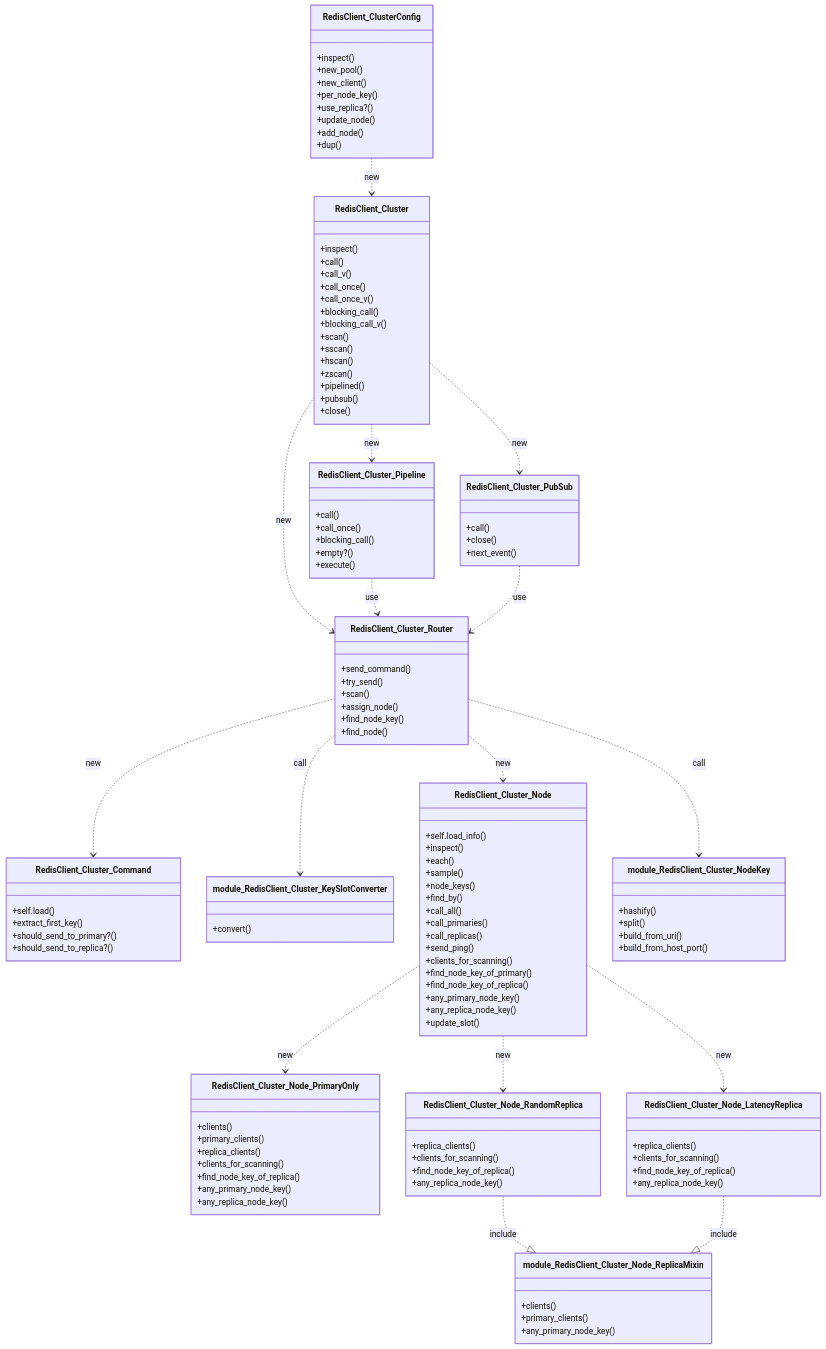
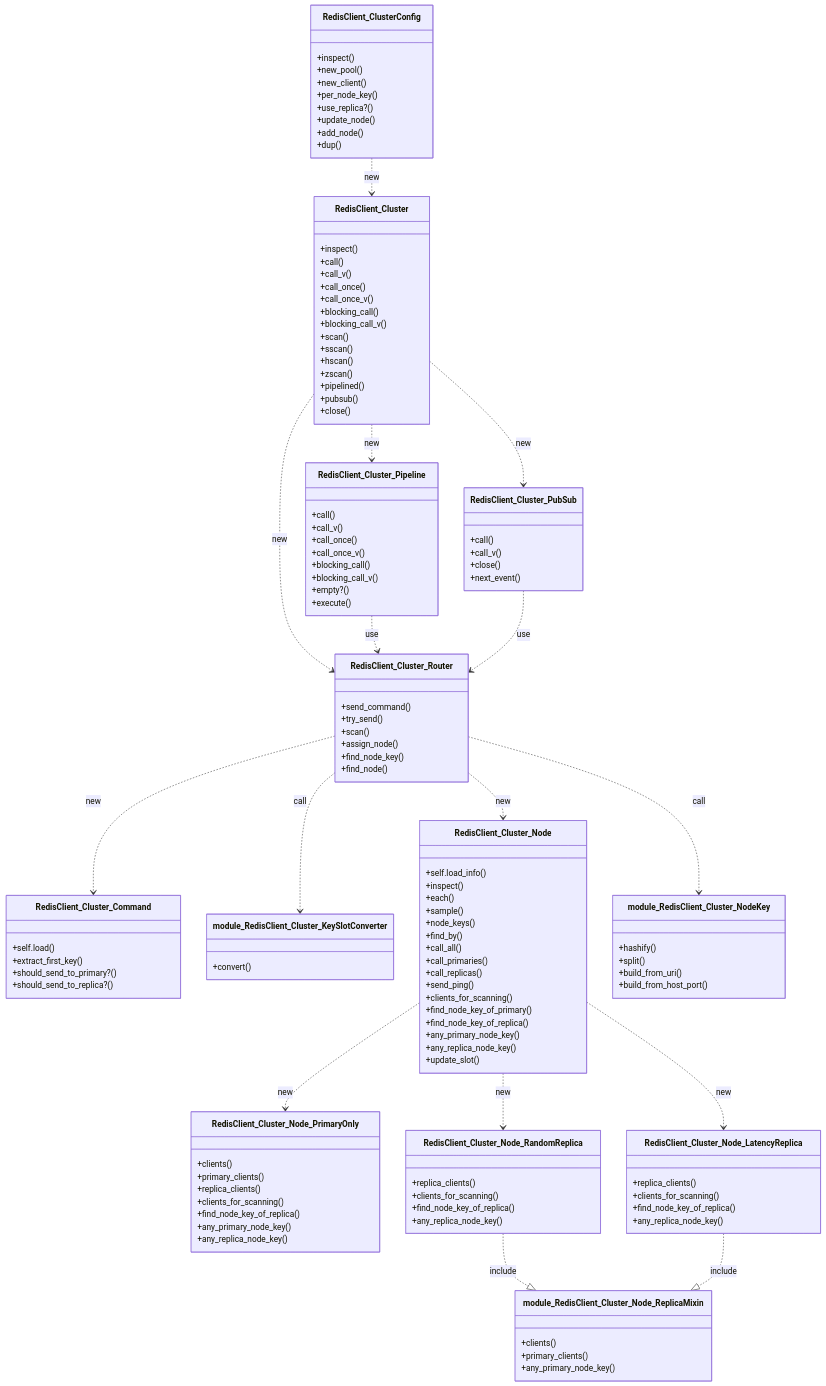
One commit to redis-rb/redis-cluster-client changed the diagram in docs/class_diagrams_redis_cluster_client.md. Above: the diagram before and after it, drawn with Mermaid. The commit also changed 4 other files, not shown here.

```diff
--- a/docs/class_diagrams_redis_cluster_client.md
+++ b/docs/class_diagrams_redis_cluster_client.md
@@ -99,14 +99,18 @@
 
   class RedisClient_Cluster_Pipeline {
     +call()
+    +call_v()
     +call_once()
+    +call_once_v()
     +blocking_call()
+    +blocking_call_v()
     +empty?()
     +execute()
   }
 
   class RedisClient_Cluster_PubSub {
     +call()
+    +call_v()
     +close()
     +next_event()
   }
```
